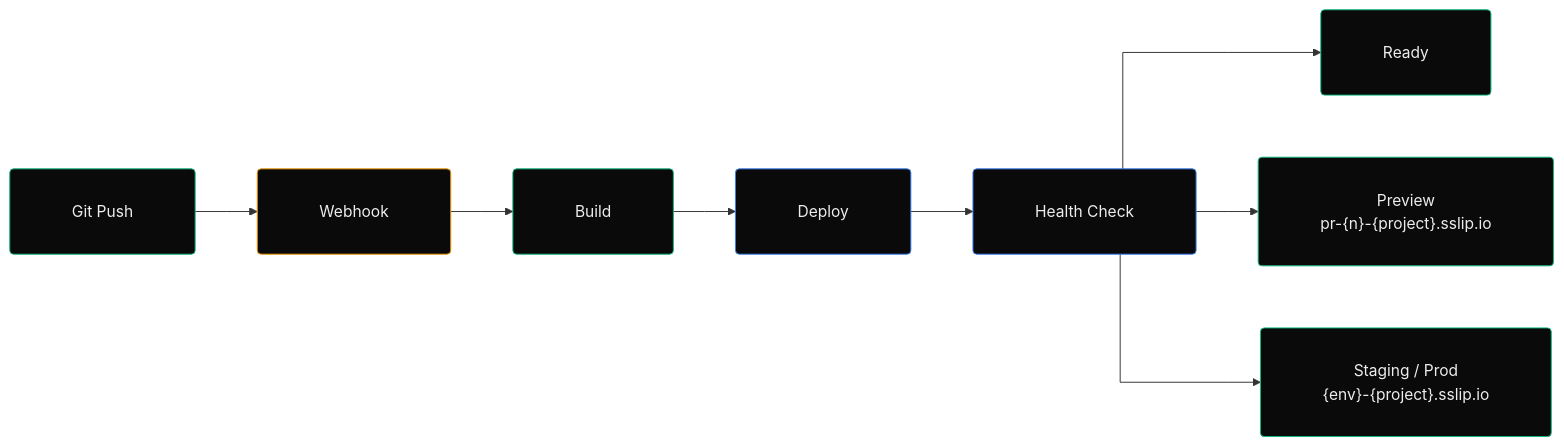
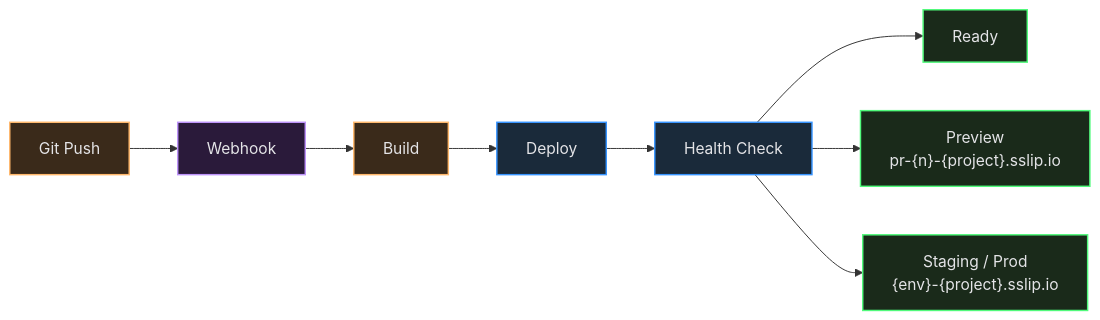
The first of 2 diagrams in platform/portal/public/docs/getting-started/deploy-your-app.md (Mpratyush54/server-automation), drawn with Mermaid before and after one commit. The commit also changed other lines of this file and 53 other files, not shown here.

````diff
--- a/platform/portal/public/docs/getting-started/deploy-your-app.md
+++ b/platform/portal/public/docs/getting-started/deploy-your-app.md
@@ -7,26 +7,25 @@
 ```mermaid
-%%{init: {"flowchart": {"curve": "stepBefore", "padding": 32, "nodeSpacing": 64, "rankSpacing": 64}}}%%
 graph LR
 
-    classDef action fill:#0a0a0a,stroke:#10b981,stroke-width:1px,color:#ededed,rx:4px;
-    classDef external fill:#0a0a0a,stroke:#f59e0b,stroke-width:1px,color:#ededed,rx:4px;
-    classDef platform fill:#0a0a0a,stroke:#3b82f6,stroke-width:1px,color:#ededed,rx:4px;
-    classDef code fill:#0a0a0a,stroke:#10b981,stroke-width:1px,color:#ededed,rx:4px;
+    classDef action fill:#3a2a1a,stroke:#ffb86c,stroke-width:1.5px,color:#e4e4e7;
+    classDef external fill:#2a1a3a,stroke:#bd93f9,stroke-width:1.5px,color:#e4e4e7;
+    classDef platform fill:#1a2a3a,stroke:#3794ff,stroke-width:1.5px,color:#e4e4e7;
+    classDef code fill:#1a2a1a,stroke:#50fa7b,stroke-width:1.5px,color:#e4e4e7;
 
     Git["Git Push"]:::action
     Webhook["Webhook"]:::external
     Build["Build"]:::action
     Deploy["Deploy"]:::platform
     Health["Health Check"]:::platform
     Ready["Ready"]:::code
     Preview["Preview<br/>pr-{n}-{project}.sslip.io"]:::code
     Staging["Staging / Prod<br/>{env}-{project}.sslip.io"]:::code
 
     Git --> Webhook
     Webhook --> Build
     Build --> Deploy
     Deploy --> Health
     Health --> Ready
     Health --> Preview
     Health --> Staging
 ```
````
